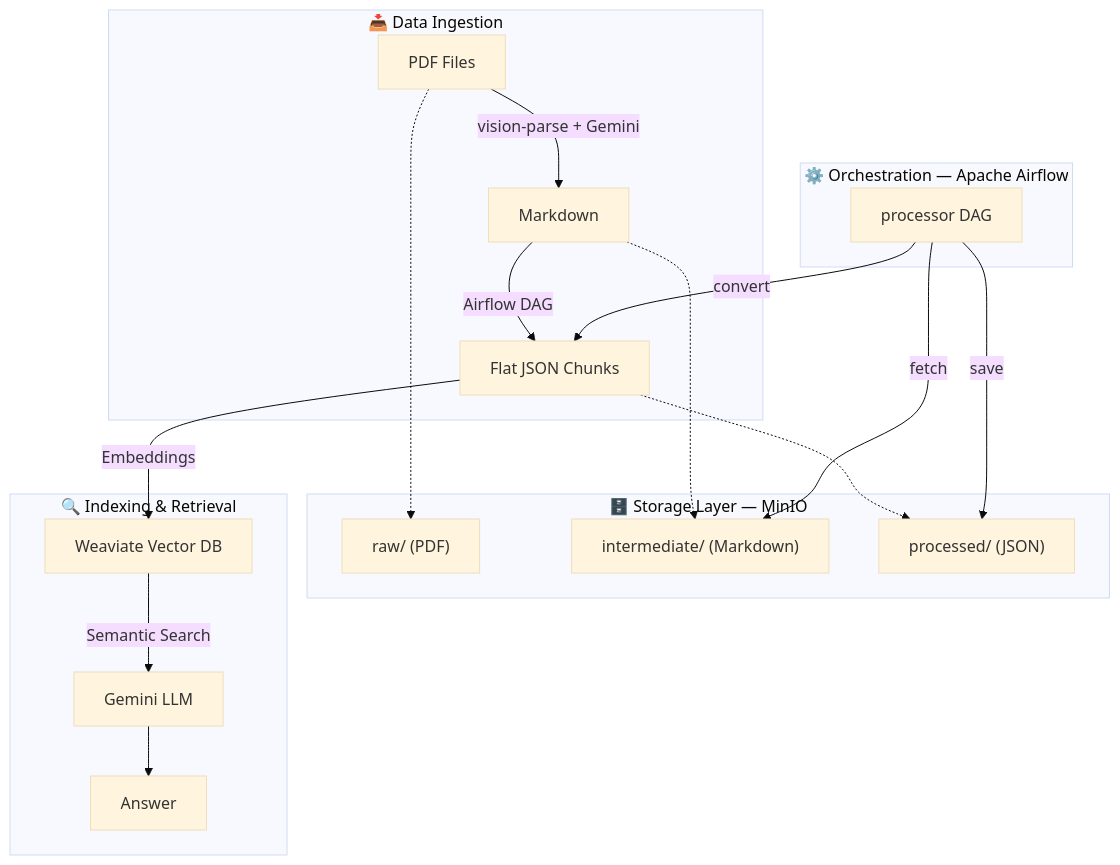
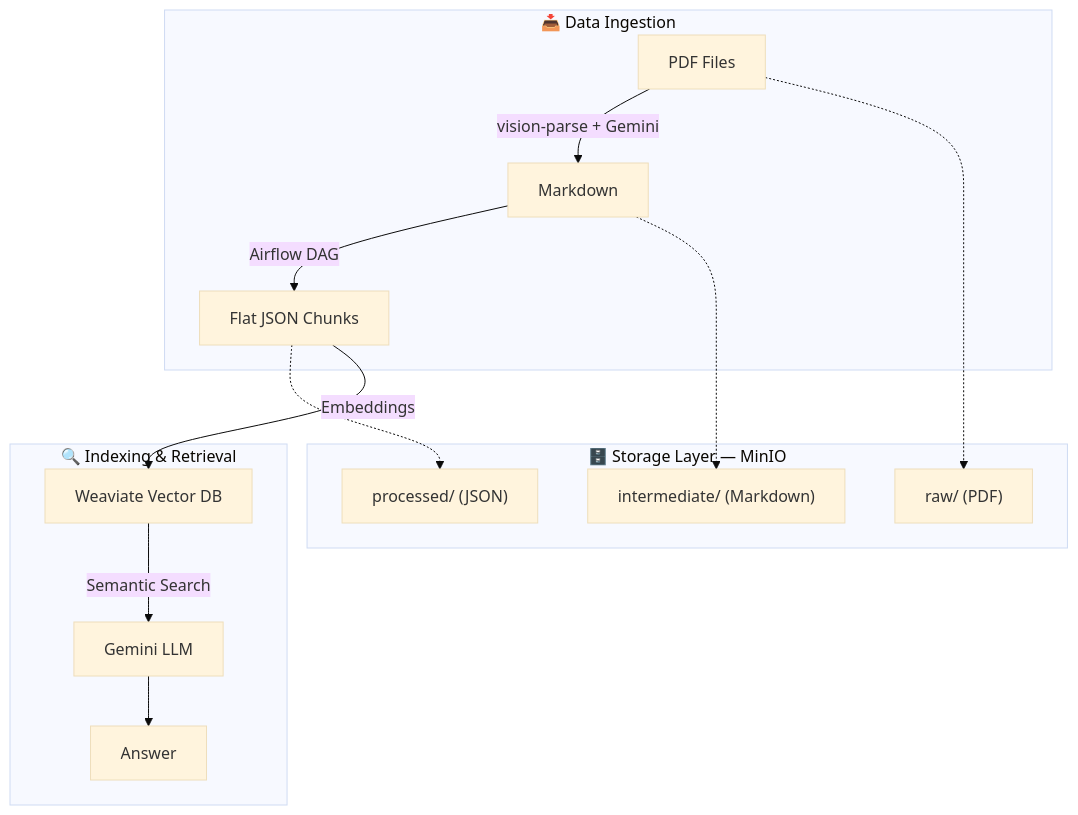
One commit to ngoctam033/Development-of-a-RAG-System-for-Vietnamese-Educational changed the diagram in README.md. Above: the diagram before and after it, drawn with Mermaid (base theme). The commit also changed 22 other files, not shown here.

````diff
--- a/README.md
+++ b/README.md
@@ -7,28 +7,22 @@
 ```mermaid
 graph TB
     subgraph "📥 Data Ingestion"
         PDF[PDF Files] -->|vision-parse + Gemini| MD[Markdown]
         MD -->|Airflow DAG| JSON[Flat JSON Chunks]
     end
 
     subgraph "🗄️ Storage Layer — MinIO"
         RAW["raw/  (PDF)"]
         INTER["intermediate/  (Markdown)"]
         PROC["processed/  (JSON)"]
         PDF -.-> RAW
         MD -.-> INTER
         JSON -.-> PROC
     end
 
     subgraph "🔍 Indexing & Retrieval"
         JSON -->|Embeddings| WV[Weaviate Vector DB]
         WV -->|Semantic Search| GEN[Gemini LLM]
         GEN --> ANS[Answer]
     end
-
-    subgraph "⚙️ Orchestration — Apache Airflow"
-        DAG[processor DAG] -->|fetch| INTER
-        DAG -->|convert| JSON
-        DAG -->|save| PROC
-    end
 ```
````
